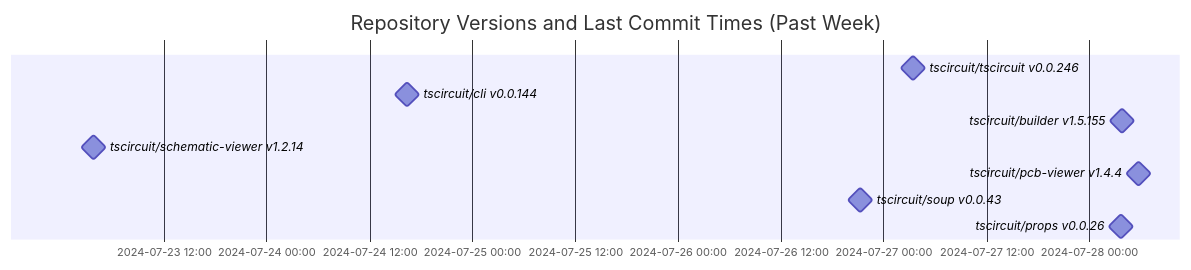
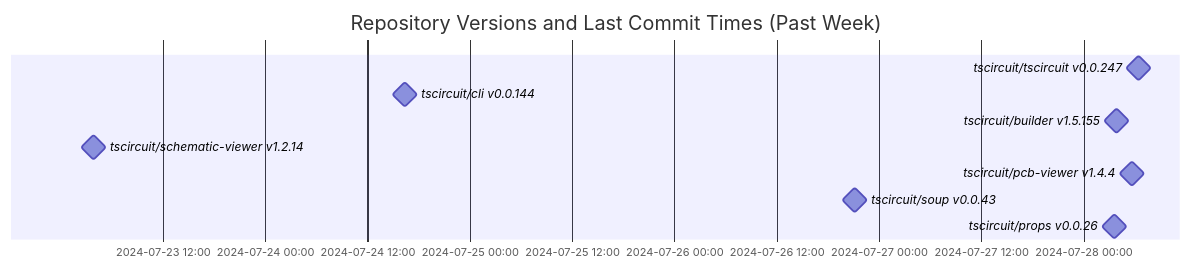
One commit to tscircuit/version-tracker changed the diagram in README.md. Above: the diagram before and after it, drawn with Mermaid.

Commit message:
Update chart

````diff
--- a/README.md
+++ b/README.md
@@ -1,14 +1,14 @@
 ```mermaid
 gantt
   dateFormat  YYYY-MM-DD HH:mm:ss
   title Repository Versions and Last Commit Times (Past Week)
   axisFormat %Y-%m-%d %H:%M
 
-  tscircuit/tscircuit v0.0.246 : milestone, 2024-07-27 03:27:02, 1s
+  tscircuit/tscircuit v0.0.247 : milestone, 2024-07-28 06:30:01, 1s
   tscircuit/cli v0.0.144 : milestone, 2024-07-24 16:24:13, 1s
   tscircuit/builder v1.5.155 : milestone, 2024-07-28 03:53:14, 1s
   tscircuit/schematic-viewer v1.2.14 : milestone, 2024-07-23 03:50:56, 1s
   tscircuit/pcb-viewer v1.4.4 : milestone, 2024-07-28 05:46:25, 1s
   tscircuit/soup v0.0.43 : milestone, 2024-07-26 21:15:18, 1s
   tscircuit/props v0.0.26 : milestone, 2024-07-28 03:42:14, 1s
 ```
````
